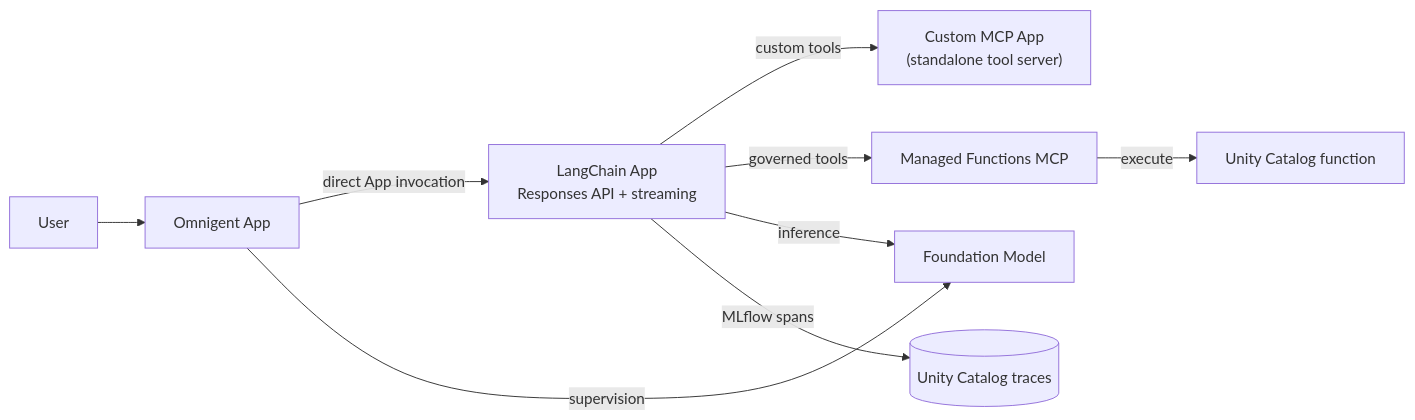
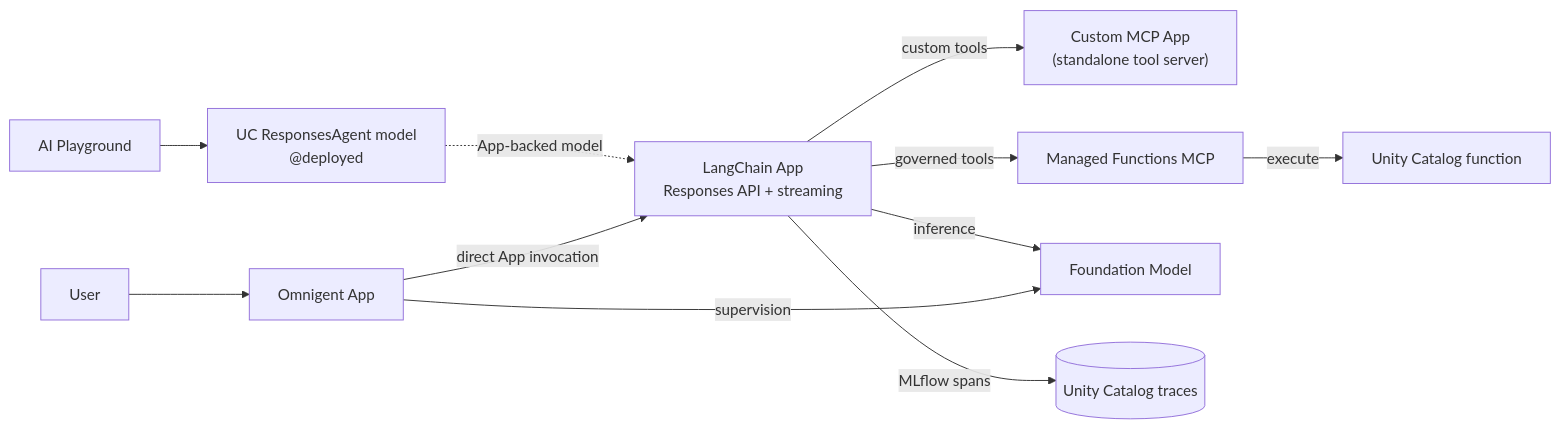
The first of 3 diagrams in README.md (zacdav-db/databricks-agent-cicd-sandpit), drawn with Mermaid before and after one commit. The commit also changed other lines of this file and 19 other files, not shown here.

````diff
--- a/README.md
+++ b/README.md
@@ -125,20 +132,24 @@
 ```mermaid
 flowchart LR
     User["User"]
+    Playground["AI Playground"]
     Omni["Omnigent App"]
     MCP["Custom MCP App<br/>(standalone tool server)"]
     Agent["LangChain App<br/>Responses API + streaming"]
     Managed["Managed Functions MCP"]
     Function["Unity Catalog function"]
     Model["Foundation Model"]
+    UCModel["UC ResponsesAgent model<br/>@deployed"]
     Traces[("Unity Catalog traces")]
 
     User --> Omni
     Omni -->|"direct App invocation"| Agent
+    Playground --> UCModel
+    UCModel -. "App-backed model" .-> Agent
     Agent -->|"custom tools"| MCP
     Agent -->|"governed tools"| Managed
     Managed -->|"execute"| Function
     Omni -->|"supervision"| Model
     Agent -->|"inference"| Model
     Agent -->|"MLflow spans"| Traces
 ```
````
